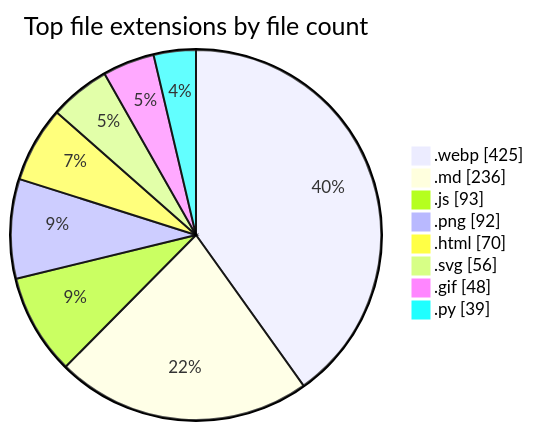
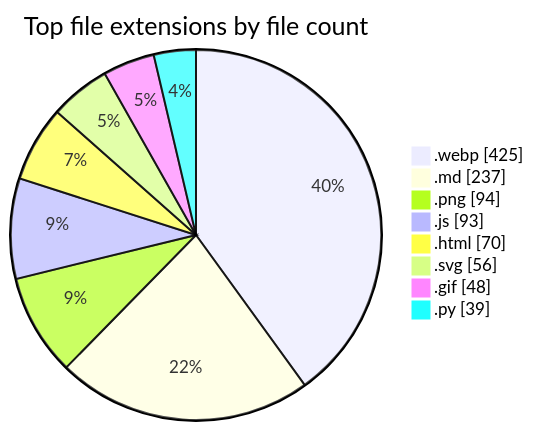
Before and after one commit to tchinso/tchinso: the second of 2 diagrams in README.md, drawn with Mermaid. The commit also changed other lines of this file, not shown here.

````diff
--- a/README.md
+++ b/README.md
@@ -53,12 +53,12 @@
 ```mermaid
 pie showData
     title Top file extensions by file count
     ".webp" : 425
-    ".md" : 236
+    ".md" : 237
+    ".png" : 94
     ".js" : 93
-    ".png" : 92
     ".html" : 70
     ".svg" : 56
     ".gif" : 48
     ".py" : 39
 ```
````
